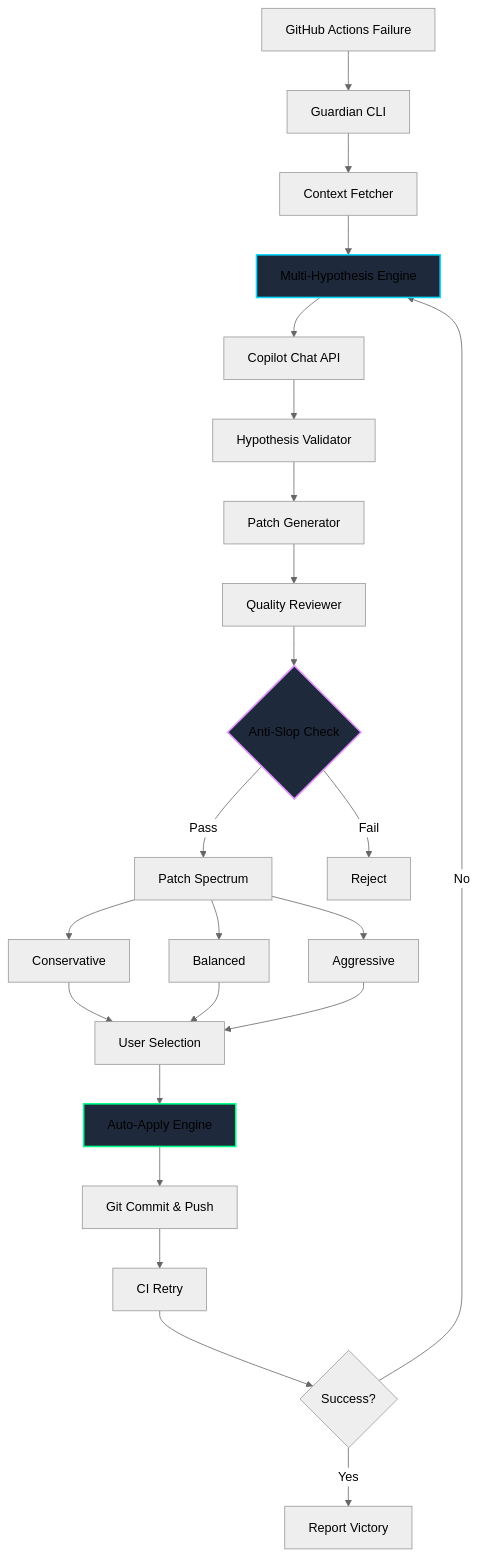
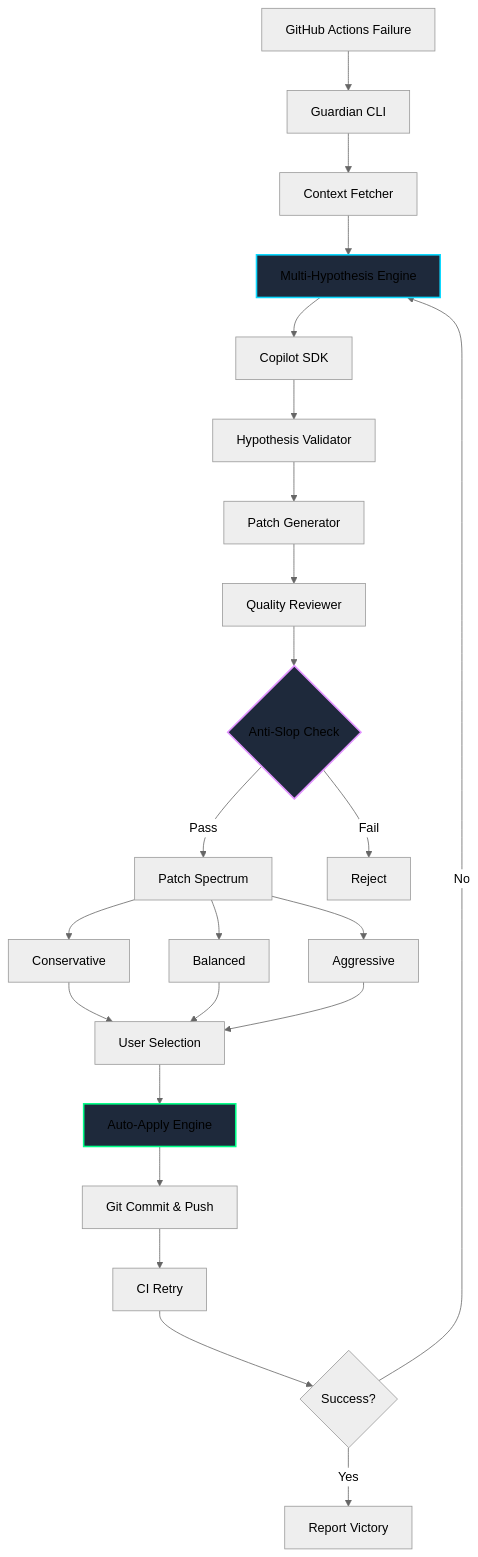
Before and after one commit to flamehaven01/copilot-guardian: the diagram in README.md, drawn with Mermaid (neutral theme). The commit also changed other lines of this file and 15 other files, not shown here.

````diff
--- a/README.md
+++ b/README.md
@@ -278,27 +278,27 @@
 ```mermaid
 graph TB
     A[GitHub Actions Failure] --> B[Guardian CLI]
     B --> C[Context Fetcher]
     C --> D[Multi-Hypothesis Engine]
-    D --> E[Copilot Chat API]
+    D --> E[Copilot SDK]
     E --> F[Hypothesis Validator]
     F --> G[Patch Generator]
     G --> H[Quality Reviewer]
     H --> I{Anti-Slop Check}
     I -->|Pass| J[Patch Spectrum]
     I -->|Fail| K[Reject]
     J --> L[Conservative]
     J --> M[Balanced]
     J --> N[Aggressive]
     L & M & N --> O[User Selection]
     O --> P[Auto-Apply Engine]
     P --> Q[Git Commit & Push]
     Q --> R[CI Retry]
     R --> S{Success?}
     S -->|Yes| T[Report Victory]
     S -->|No| D
     
     style D fill:#1E293B,stroke:#0DD9FF,stroke-width:2px
     style I fill:#1E293B,stroke:#E293FF,stroke-width:2px
     style P fill:#1E293B,stroke:#00FF88,stroke-width:2px
 ```
````
